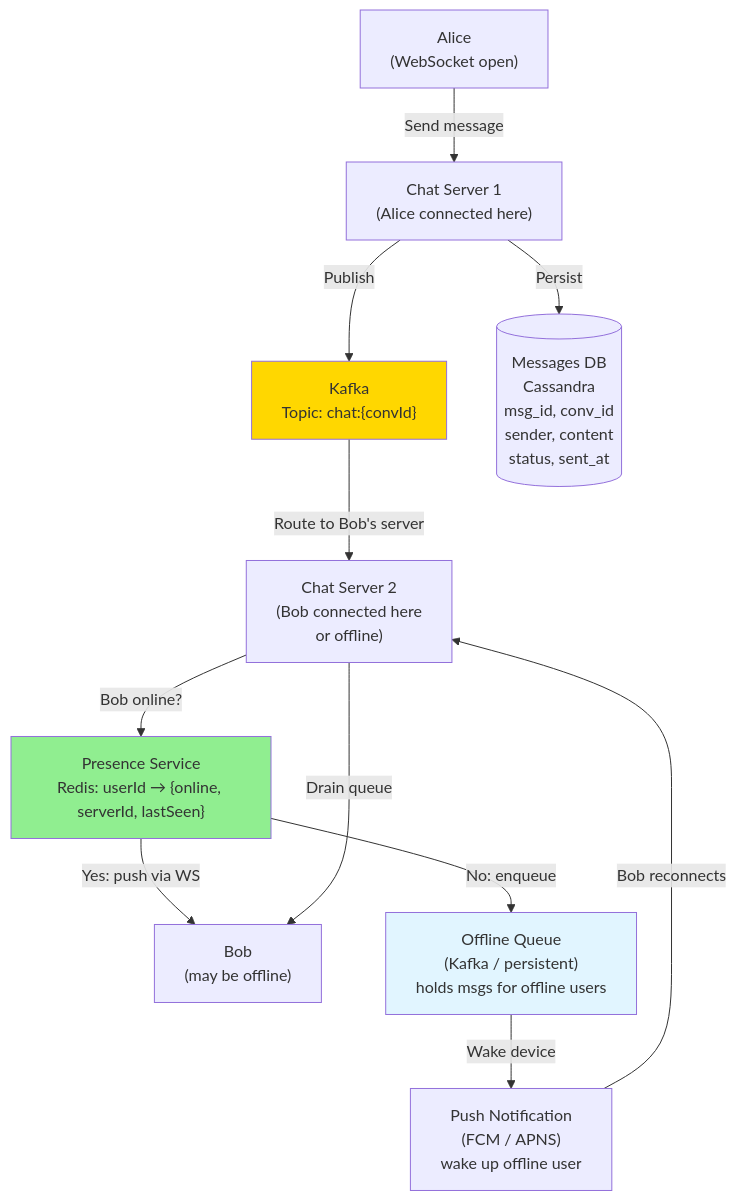
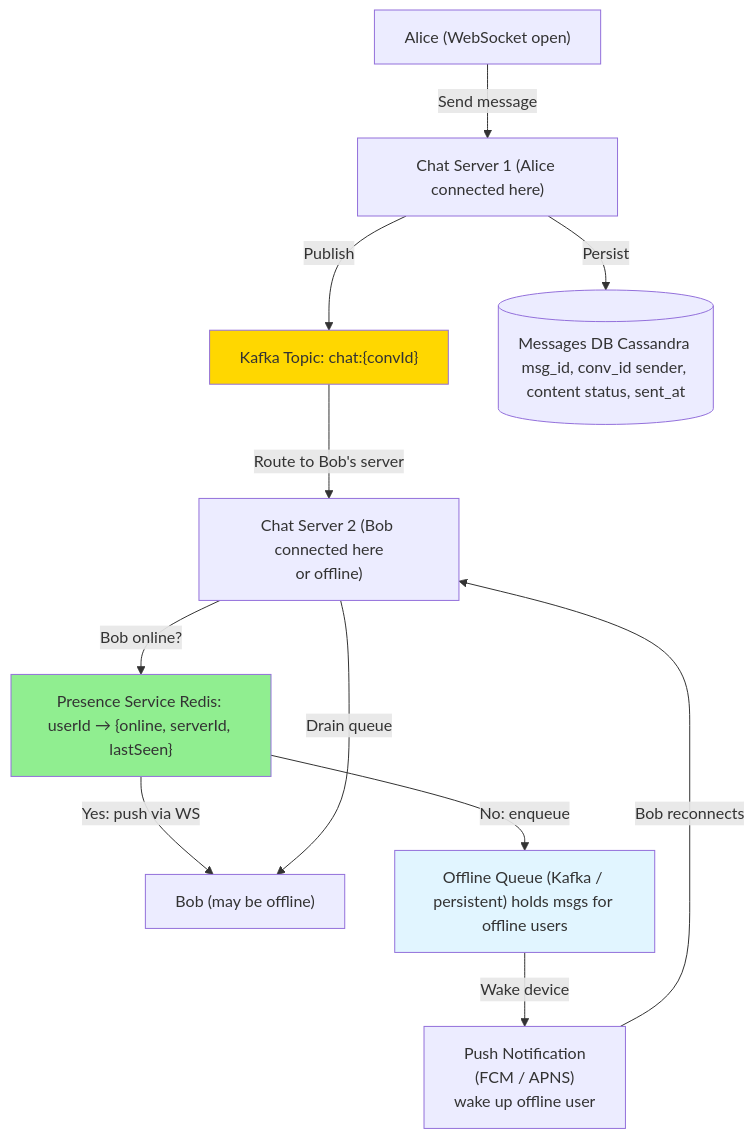
One commit to snesjhon/snesjhon changed the first of 2 diagrams in ysk/system-design/questions/medium/11-whatsapp.md. Above: the diagram before and after it, drawn with Mermaid. The commit also changed 13 other files, not shown here.

````diff
--- a/ysk/system-design/questions/medium/11-whatsapp.md
+++ b/ysk/system-design/questions/medium/11-whatsapp.md
@@ -19,30 +19,30 @@
 ```mermaid
 graph TB
-    Alice["Alice\n(WebSocket open)"]
-    Bob["Bob\n(may be offline)"]
+    Alice["Alice (WebSocket open)"]
+    Bob["Bob (may be offline)"]
 
-    ChatServer1["Chat Server 1\n(Alice connected here)"]
-    ChatServer2["Chat Server 2\n(Bob connected here\nor offline)"]
+    ChatServer1["Chat Server 1 (Alice connected here)"]
+    ChatServer2["Chat Server 2 (Bob connected here\nor offline)"]
 
-    Kafka["Kafka\nTopic: chat:{convId}"]
-    MsgDB[("Messages DB\nCassandra\nmsg_id, conv_id\nsender, content\nstatus, sent_at")]
-    PresenceService["Presence Service\nRedis: userId → {online, serverId, lastSeen}"]
-    OfflineQueue["Offline Queue\n(Kafka / persistent)\nholds msgs for offline users"]
+    Kafka["Kafka Topic: chat:{convId}"]
+    MsgDB[("Messages DB Cassandra msg_id, conv_id sender, content status, sent_at")]
+    PresenceService["Presence Service Redis: userId → {online, serverId, lastSeen}"]
+    OfflineQueue["Offline Queue (Kafka / persistent) holds msgs for offline users"]
     PushNotif["Push Notification\n(FCM / APNS)\nwake up offline user"]
 
     Alice -->|"Send message"| ChatServer1
     ChatServer1 -->|"Persist"| MsgDB
     ChatServer1 -->|"Publish"| Kafka
 
     Kafka -->|"Route to Bob's server"| ChatServer2
     ChatServer2 -->|"Bob online?"| PresenceService
     PresenceService -->|"Yes: push via WS"| Bob
     PresenceService -->|"No: enqueue"| OfflineQueue
     OfflineQueue -->|"Wake device"| PushNotif
     PushNotif -->|"Bob reconnects"| ChatServer2
     ChatServer2 -->|"Drain queue"| Bob
 
     style Kafka fill:#FFD700
     style PresenceService fill:#90EE90
     style OfflineQueue fill:#e1f5ff
 ```
````
